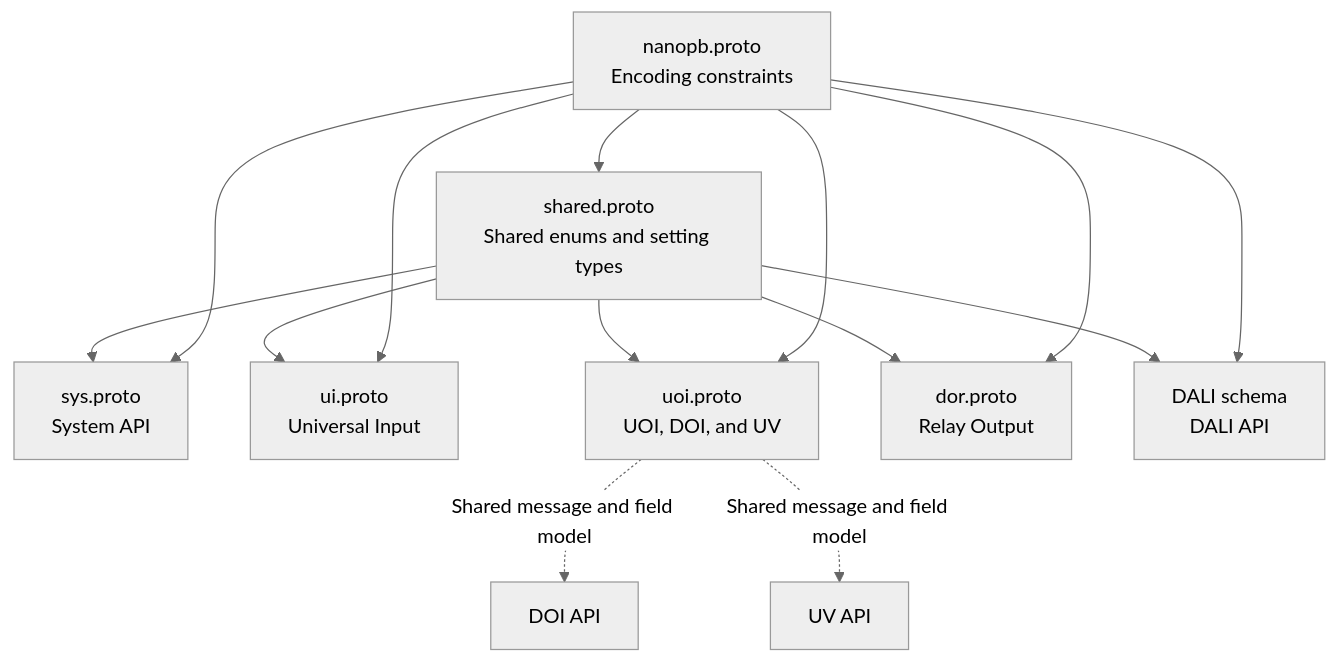
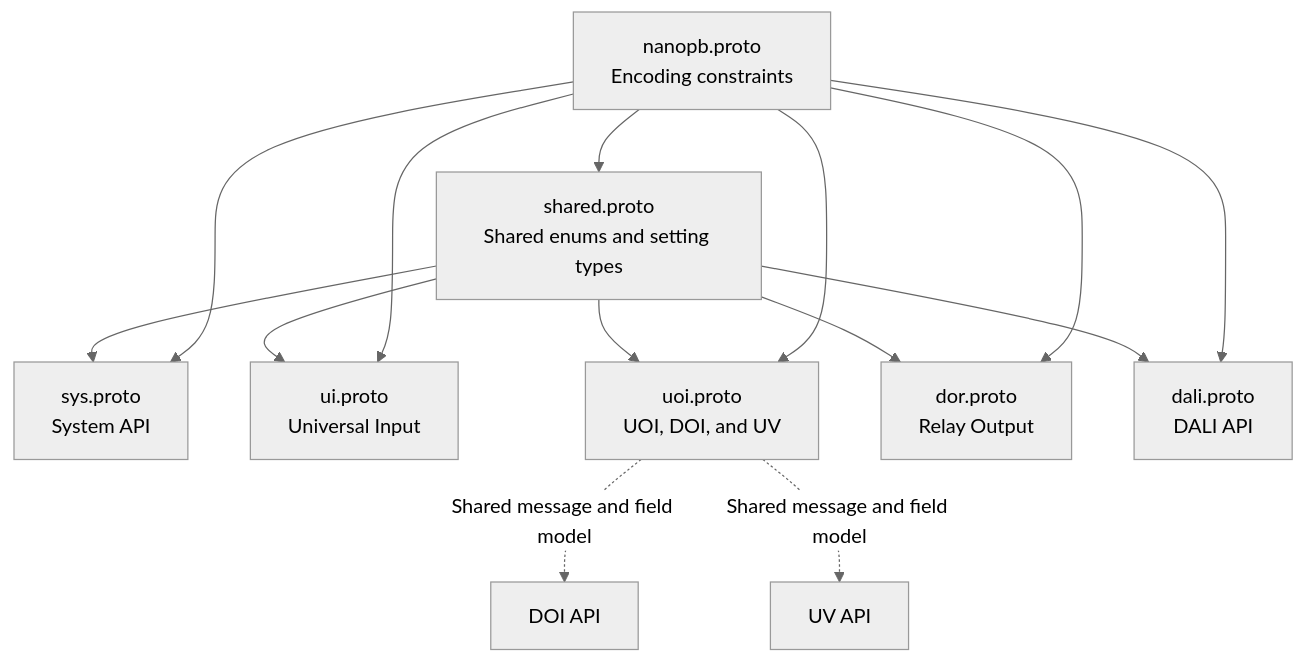
Before and after one commit to PLCnext/CatanIO: the first of 2 diagrams in protobuf/README.md, drawn with Mermaid (neutral theme). The commit also changed other lines of this file and 1 other file, not shown here.

Commit message:
Readme fix path and remove Dali

````diff
--- a/protobuf/README.md
+++ b/protobuf/README.md
@@ -231,28 +231,28 @@
 ```mermaid
 flowchart TD
     NP["nanopb.proto<br/>Encoding constraints"]
     SH["shared.proto<br/>Shared enums and setting types"]
 
     SYS["sys.proto<br/>System API"]
     UI["ui.proto<br/>Universal Input"]
     UOI["uoi.proto<br/>UOI, DOI, and UV"]
     DOR["dor.proto<br/>Relay Output"]
-    DALI["DALI schema<br/>DALI API"]
+    DALI["dali.proto<br/>DALI API"]
 
     NP --> SH
 
     SH --> SYS
     SH --> UI
     SH --> UOI
     SH --> DOR
     SH --> DALI
 
     NP --> SYS
     NP --> UI
     NP --> UOI
     NP --> DOR
     NP --> DALI
 
     UOI -. "Shared message and field model" .-> DOI["DOI API"]
     UOI -. "Shared message and field model" .-> UV["UV API"]
 ```
````
